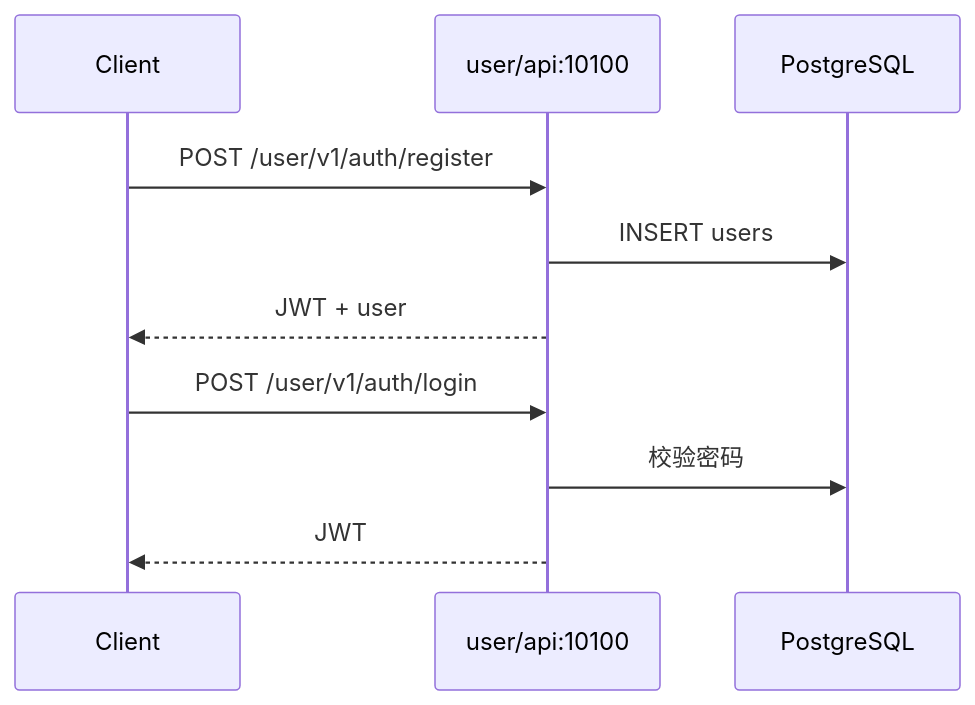
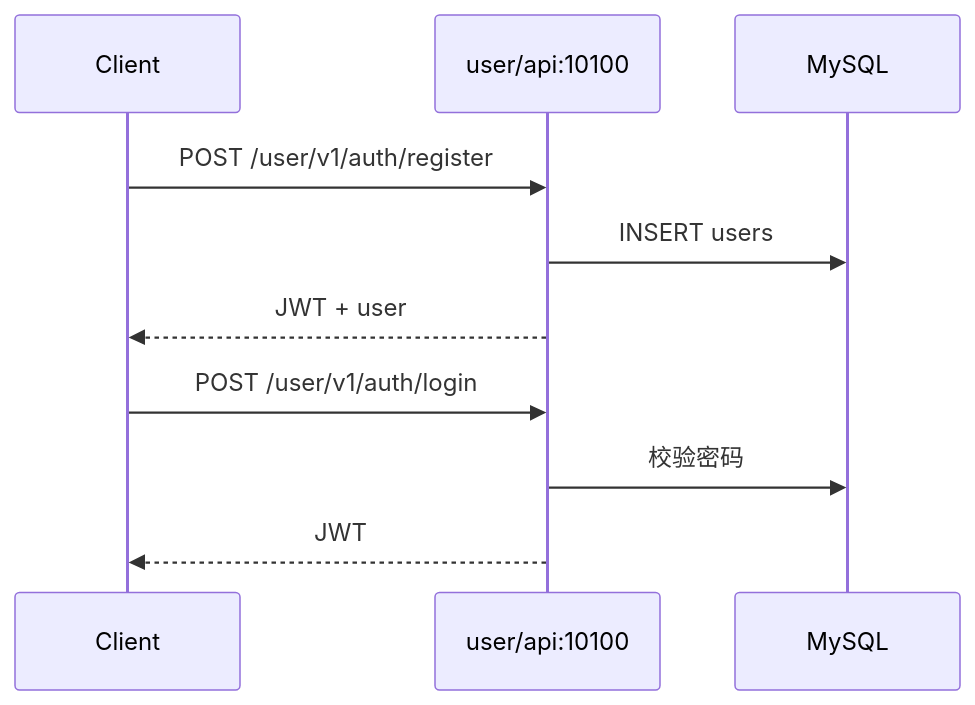
Before and after one commit to AlbertChenshiqi/im: the second of 6 diagrams in README.md, drawn with Mermaid. The commit also changed other lines of this file and 147 other files, not shown here.

````diff
--- a/README.md
+++ b/README.md
@@ -141,14 +144,14 @@
 ```mermaid
 sequenceDiagram
   participant C as Client
   participant UAPI as user/api:10100
-  participant PG as PostgreSQL
+  participant DB as MySQL
 
   C->>UAPI: POST /user/v1/auth/register
-  UAPI->>PG: INSERT users
+  UAPI->>DB: INSERT users
   UAPI-->>C: JWT + user
 
   C->>UAPI: POST /user/v1/auth/login
-  UAPI->>PG: 校验密码
+  UAPI->>DB: 校验密码
   UAPI-->>C: JWT
 ```
````
